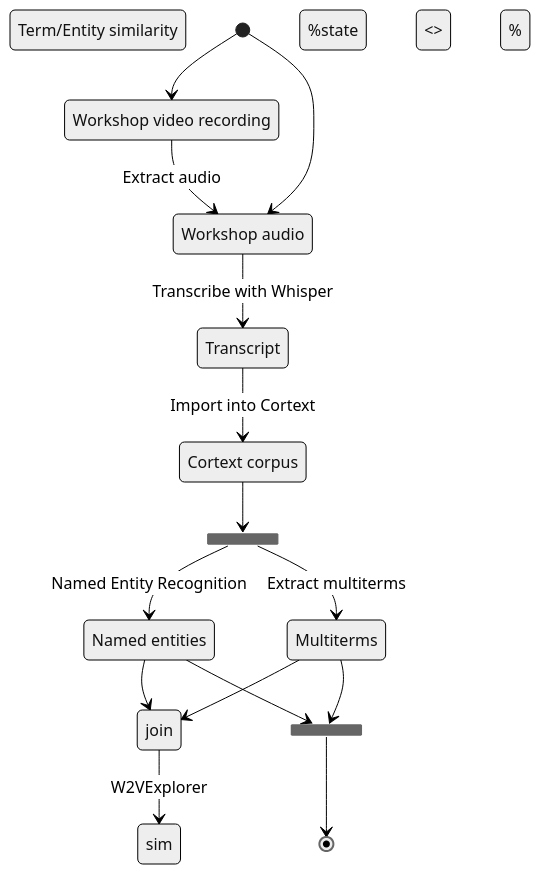
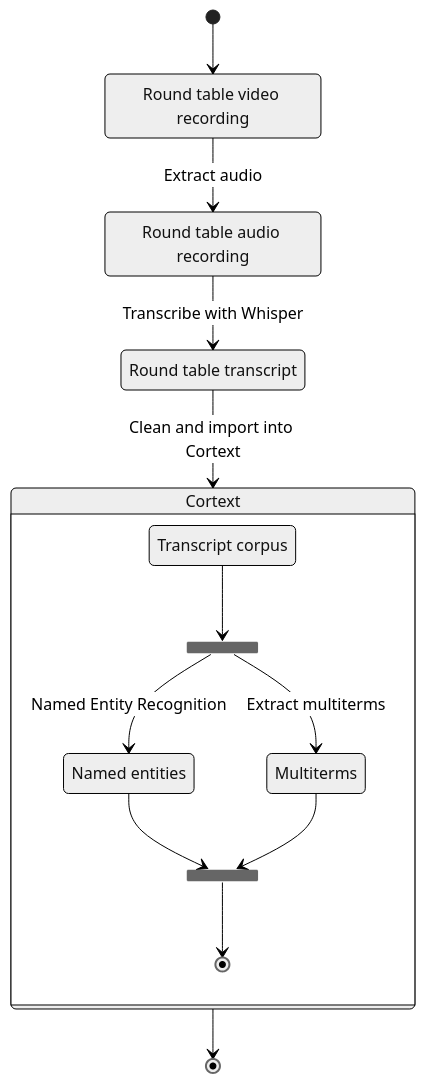
The diagram in data-visualization/src/pages/reports/js-2025-round-table-analysis-en.md (VCityTeam/PEPR-VDBI), drawn with Mermaid before and after one commit. The commit also changed other lines of this file and 5 other files, not shown here.

Commit message:
update figure and clean data; fix bubble simulation and text wrap

````diff
--- a/data-visualization/src/pages/reports/js-2025-round-table-analysis-en.md
+++ b/data-visualization/src/pages/reports/js-2025-round-table-analysis-en.md
@@ -146,37 +104,38 @@
 ```mermaid
 ---
-config:
-  theme: neutral
+config: {
+  theme: "neutral"
+}
 ---
 
 stateDiagram-v2
 
-  %%direction LR
+  %% direction LR
 
-  video     : Workshop video recording
-  audio     : Workshop audio
-  corpus    : Cortext corpus
-  entities  : Named entities
-  %sim       : Term/Entity similarity
+  v   : Round table video recording
+  a   : Round table audio recording
+  t   : Round table transcript
+  c   : Transcript corpus
+  e   : Named entities
 
-  [*] --> video
-  [*] --> audio
-  video --> audio       : Extract audio
-  audio --> Transcript  : Transcribe with Whisper
-  Transcript --> corpus         : Import into Cortext
+  [*] --> v
+  v --> a         : Extract audio
+  a --> t         : Transcribe with Whisper
+  t --> Cortext   : Clean and import into Cortext
 
-  state fork2 <<fork>>
-    corpus --> fork2
-    fork2 --> entities    : Named Entity Recognition
-    fork2 --> Multiterms  : Extract multiterms
+  state Cortext {
+    %% direction LR
 
-  %state join <<join>>
-  %  Multiterms --> join
-  %  entities --> join
-  %  join --> sim : W2VExplorer
+    state fork2 <<fork>>
+      c --> fork2
+      fork2 --> e    : Named Entity Recognition
+      fork2 --> Multiterms  : Extract multiterms
 
-  state join2 <<join>>
-    entities --> join2
-    Multiterms --> join2
-    join2 --> [*]
+    state join2 <<join>>
+      e --> join2
+      Multiterms --> join2
+      join2 --> [*]
+  }
+
+  Cortext --> [*]
 ```
````
